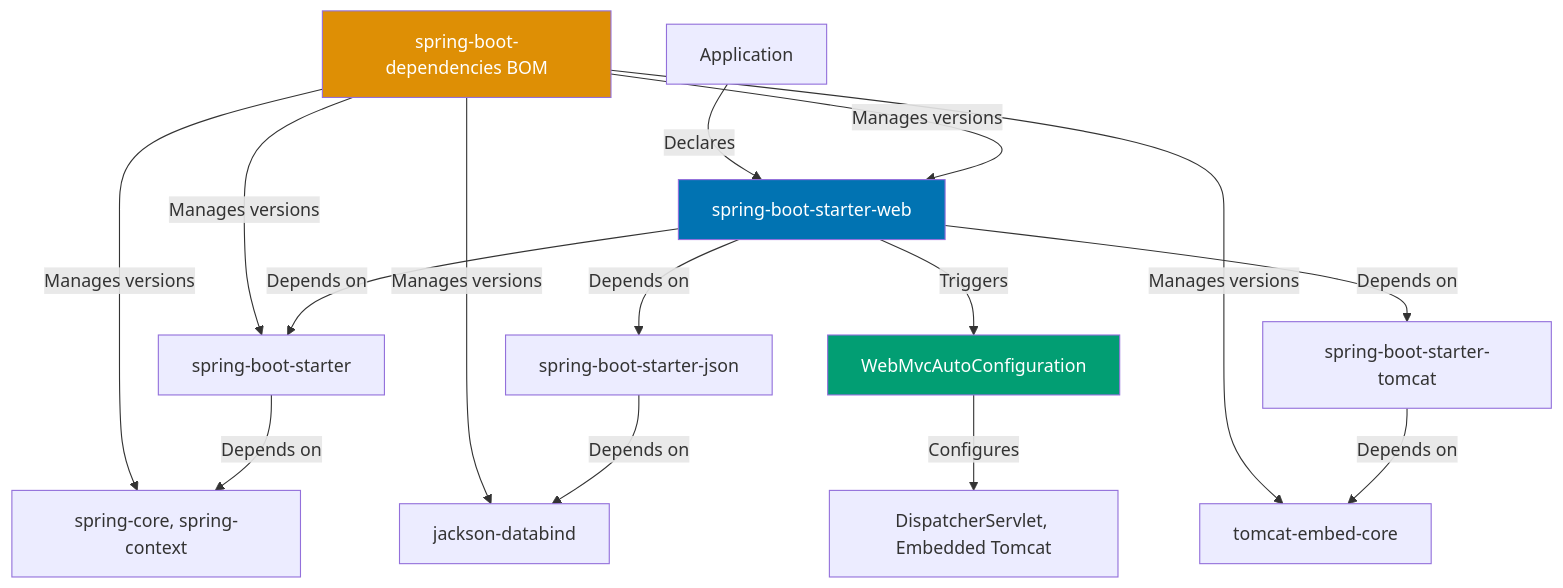
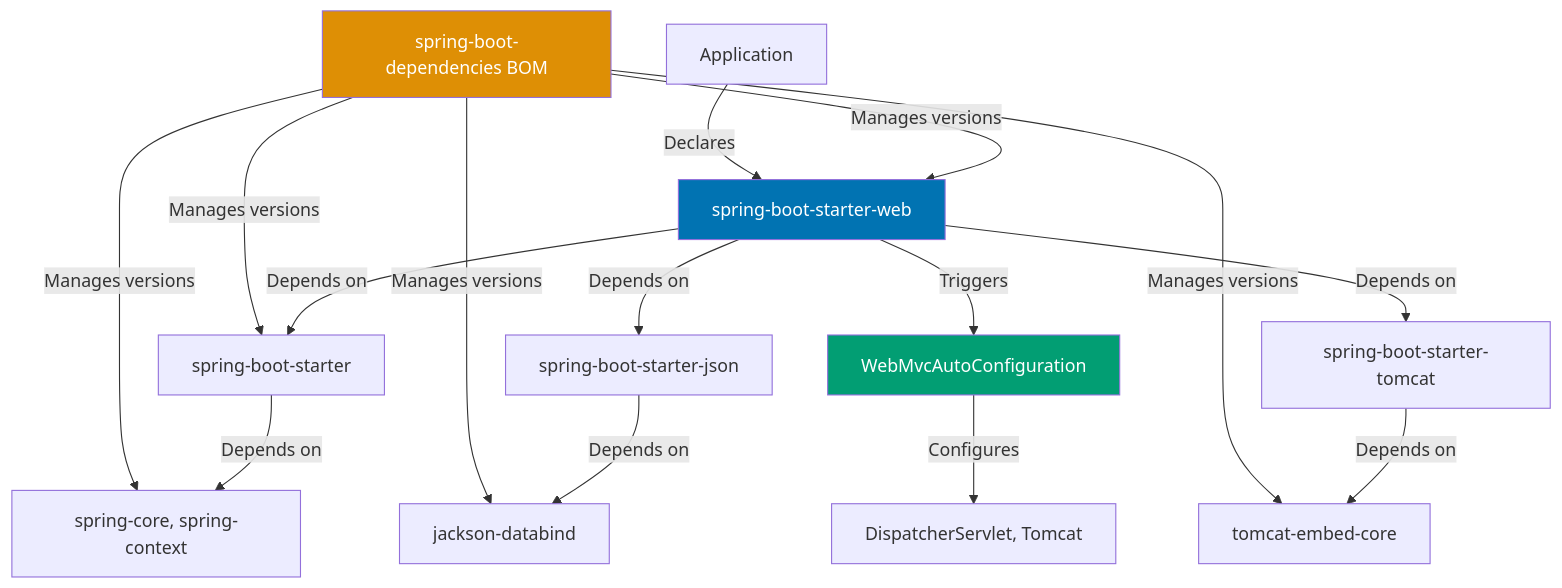
One commit to wahidyankf/baseerah changed the diagram in apps/ayokoding-www/content/en/learn/software-engineering/platforms/web/tools/jvm-spring-boot/in-the-field/starter-dependencies.md. Above: the diagram before and after it, drawn with Mermaid. The commit also changed 88 other files, not shown here.

First line of the commit message:
fix(ayokoding-www): resolve pre-existing Mermaid violations, exclude fixtures/plans-done

````diff
--- a/apps/ayokoding-www/content/en/learn/software-engineering/platforms/web/tools/jvm-spring-boot/in-the-field/starter-dependencies.md
+++ b/apps/ayokoding-www/content/en/learn/software-engineering/platforms/web/tools/jvm-spring-boot/in-the-field/starter-dependencies.md
@@ -218,23 +218,23 @@
 ```mermaid
 graph TD
     A["spring-boot-starter-web"] -->|"Depends on"| B["spring-boot-starter"]
     A -->|"Depends on"| C["spring-boot-starter-json"]
     A -->|"Depends on"| D["spring-boot-starter-tomcat"]
     B -->|"Depends on"| E["spring-core, spring-context"]
     C -->|"Depends on"| F["jackson-databind"]
     D -->|"Depends on"| G["tomcat-embed-core"]
 
     H["spring-boot-dependencies BOM"] -->|"Manages versions"| A
     H -->|"Manages versions"| B
     H -->|"Manages versions"| E
     H -->|"Manages versions"| F
     H -->|"Manages versions"| G
 
     I["Application"] -->|"Declares"| A
     A -->|"Triggers"| J["WebMvcAutoConfiguration"]
-    J -->|"Configures"| K["DispatcherServlet, Embedded Tomcat"]
+    J -->|"Configures"| K["DispatcherServlet, Tomcat"]
 
     style A fill:#0173B2,color:#fff
     style H fill:#DE8F05,color:#fff
     style J fill:#029E73,color:#fff
 ```
````
